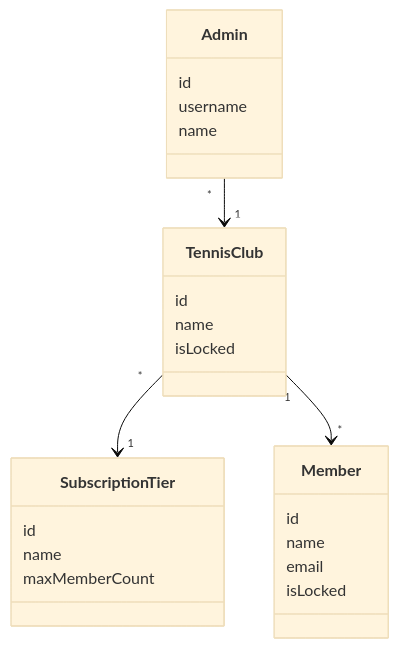
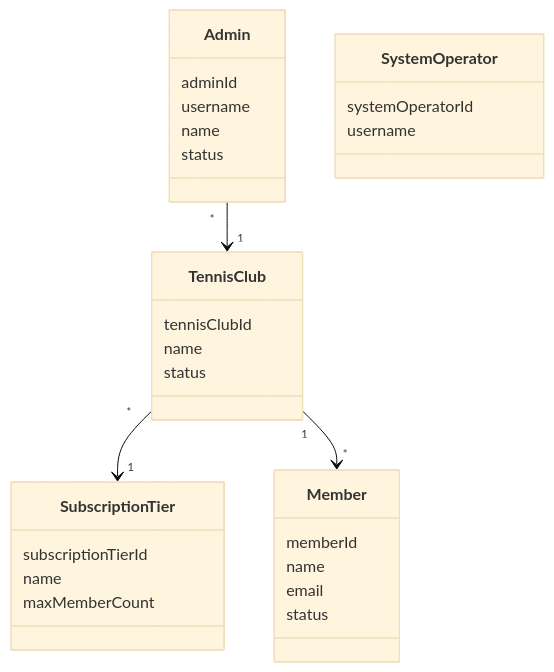
The first of 2 diagrams in README.md (THC-Software/ClubService), drawn with Mermaid (base theme) before and after one commit. The commit also changed other lines of this file, not shown here.

Commit message:
Updated domain model and added diagram for event handlers to README.md.

````diff
--- a/README.md
+++ b/README.md
@@ -11,31 +14,37 @@
 ```mermaid
 classDiagram
 class TennisClub {
-    id
+    tennisClubId
     name
-    isLocked
+    status
 }
 
 class Member {
-    id
+    memberId
     name
     email
-    isLocked
+    status
 }
 
 class Admin {
-    id
+    adminId
     username
     name
+    status
 }
 
 class SubscriptionTier {
-    id
+    subscriptionTierId
     name
     maxMemberCount
+}
+
+class SystemOperator {
+    systemOperatorId
+    username
 }
 
 TennisClub "*" --> "1" SubscriptionTier
 TennisClub "1" --> "*" Member
 Admin "*" --> "1" TennisClub
 ```
````
